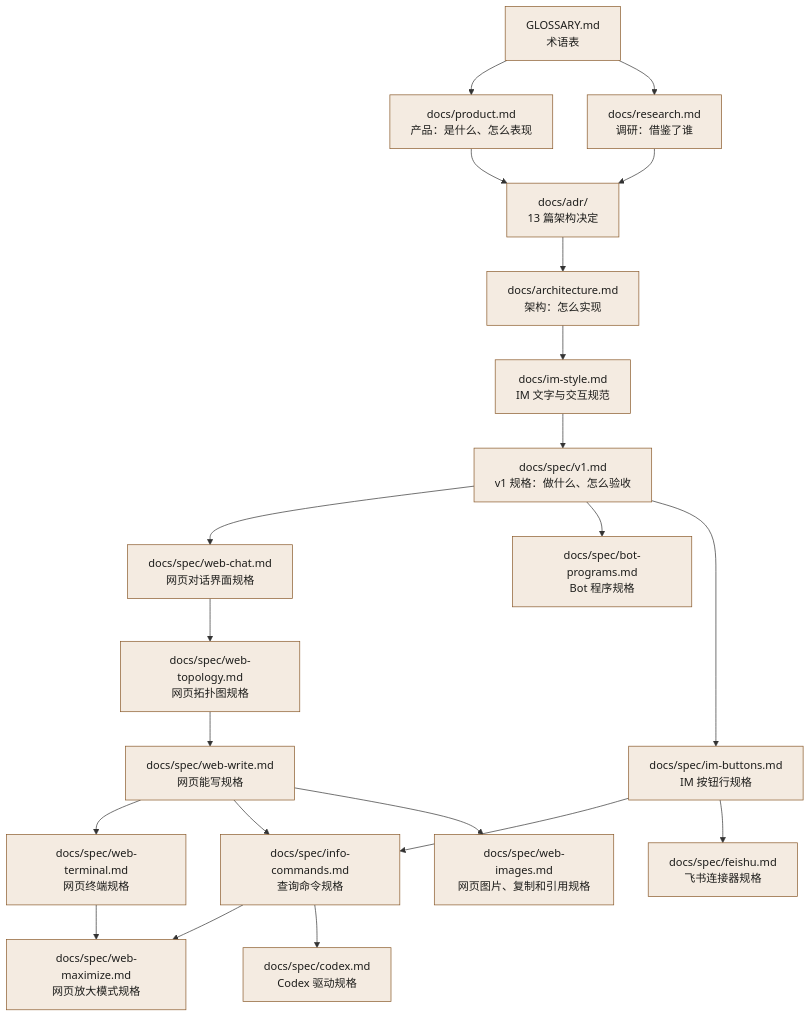
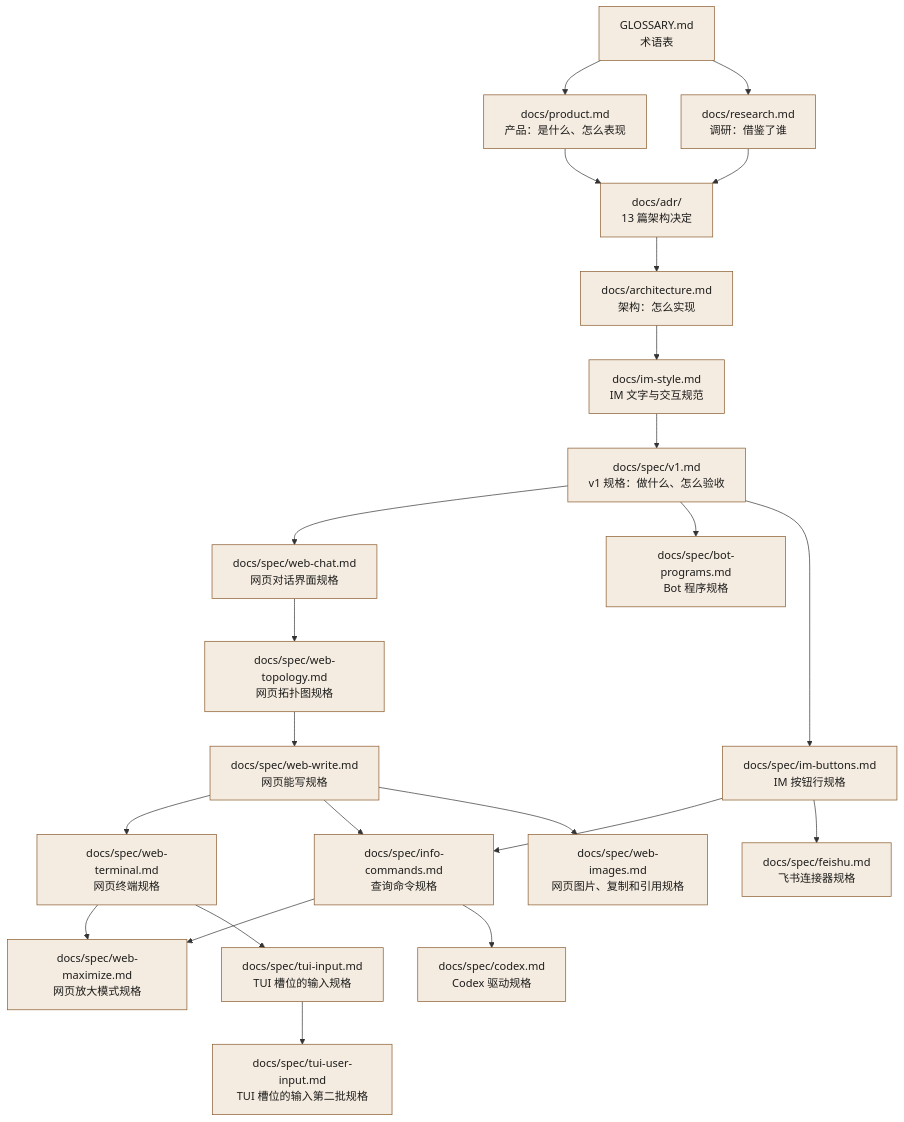
Before and after one commit to RhodiumTeam/Rhodium: the diagram in docs/README.md, drawn with Mermaid. The commit also changed other lines of this file and 120 other files, not shown here.

````diff
--- a/docs/README.md
+++ b/docs/README.md
@@ -11,42 +11,46 @@
 ```mermaid
 flowchart TD
   classDef doc fill:#f4ebe1,stroke:#8a5a2b,color:#1d1d1b
   G["GLOSSARY.md<br/>术语表"]:::doc
   P["docs/product.md<br/>产品：是什么、怎么表现"]:::doc
   R["docs/research.md<br/>调研：借鉴了谁"]:::doc
   D["docs/adr/<br/>13 篇架构决定"]:::doc
   A["docs/architecture.md<br/>架构：怎么实现"]:::doc
   S["docs/spec/v1.md<br/>v1 规格：做什么、怎么验收"]:::doc
   SW["docs/spec/web-chat.md<br/>网页对话界面规格"]:::doc
   ST["docs/spec/web-topology.md<br/>网页拓扑图规格"]:::doc
   S2["docs/spec/bot-programs.md<br/>Bot 程序规格"]:::doc
   SR["docs/spec/web-write.md<br/>网页能写规格"]:::doc
   TE["docs/spec/web-terminal.md<br/>网页终端规格"]:::doc
   SI["docs/spec/im-buttons.md<br/>IM 按钮行规格"]:::doc
   SQ["docs/spec/info-commands.md<br/>查询命令规格"]:::doc
   SM["docs/spec/web-maximize.md<br/>网页放大模式规格"]:::doc
   SF["docs/spec/feishu.md<br/>飞书连接器规格"]:::doc
   SC["docs/spec/codex.md<br/>Codex 驱动规格"]:::doc
   SG["docs/spec/web-images.md<br/>网页图片、复制和引用规格"]:::doc
+  TI["docs/spec/tui-input.md<br/>TUI 槽位的输入规格"]:::doc
+  TU["docs/spec/tui-user-input.md<br/>TUI 槽位的输入第二批规格"]:::doc
   I["docs/im-style.md<br/>IM 文字与交互规范"]:::doc
   G --> P
   G --> R
   P --> D
   R --> D
   D --> A
   A --> I
   I --> S
   S --> SW
   SW --> ST
   S --> S2
   ST --> SR
   SR --> TE
   S --> SI
   SR --> SQ
   SI --> SQ
   TE --> SM
   SQ --> SM
   SI --> SF
   SQ --> SC
   SR --> SG
+  TE --> TI
+  TI --> TU
 ```
````
